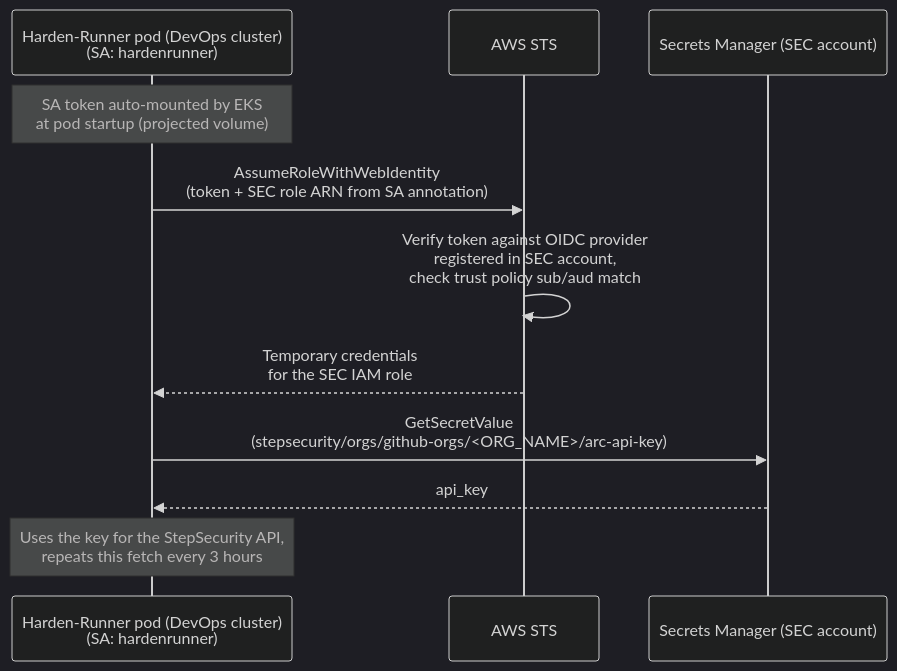
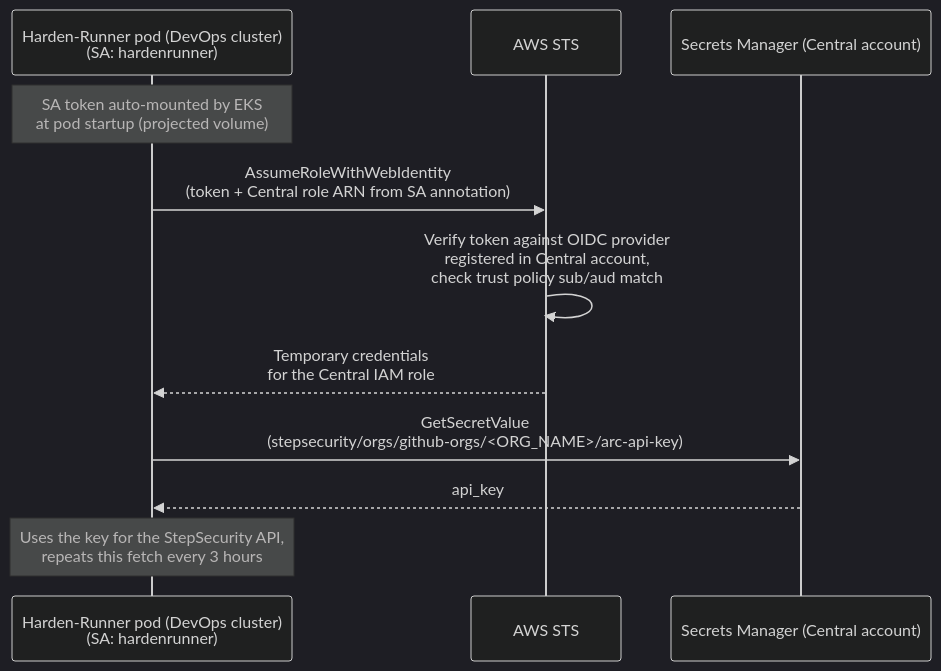
One commit to step-security/gha-runner-job-hooks-keyless changed the diagram in docs/k8s-keyless-mode-customer-setup.md. Above: the diagram before and after it, drawn with Mermaid (dark theme). The commit also changed other lines of this file, not shown here.

Commit message:
chore(docs): rename SEC team to Central team in docs

````diff
--- a/docs/k8s-keyless-mode-customer-setup.md
+++ b/docs/k8s-keyless-mode-customer-setup.md
@@ -78,14 +78,14 @@
 ```mermaid
 sequenceDiagram
     participant Pod as Harden-Runner pod (DevOps cluster)<br/>(SA: hardenrunner)
     participant STS as AWS STS
-    participant SM as Secrets Manager (SEC account)
+    participant SM as Secrets Manager (Central account)
 
     Note over Pod: SA token auto-mounted by EKS<br/>at pod startup (projected volume)
-    Pod->>STS: AssumeRoleWithWebIdentity<br/>(token + SEC role ARN from SA annotation)
-    STS->>STS: Verify token against OIDC provider<br/>registered in SEC account,<br/>check trust policy sub/aud match
-    STS-->>Pod: Temporary credentials<br/>for the SEC IAM role
+    Pod->>STS: AssumeRoleWithWebIdentity<br/>(token + Central role ARN from SA annotation)
+    STS->>STS: Verify token against OIDC provider<br/>registered in Central account,<br/>check trust policy sub/aud match
+    STS-->>Pod: Temporary credentials<br/>for the Central IAM role
     Pod->>SM: GetSecretValue<br/>(stepsecurity/orgs/github-orgs/<ORG_NAME>/arc-api-key)
     SM-->>Pod: api_key
     Note over Pod: Uses the key for the StepSecurity API,<br/>repeats this fetch every 3 hours
 ```
````
